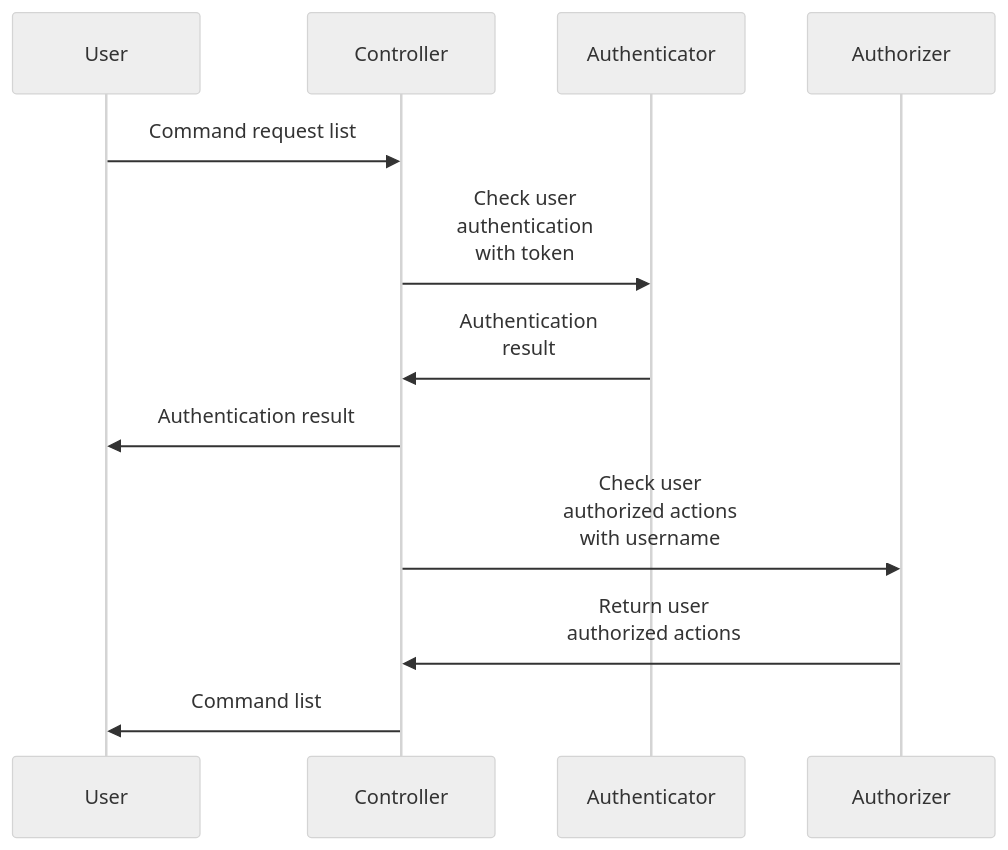
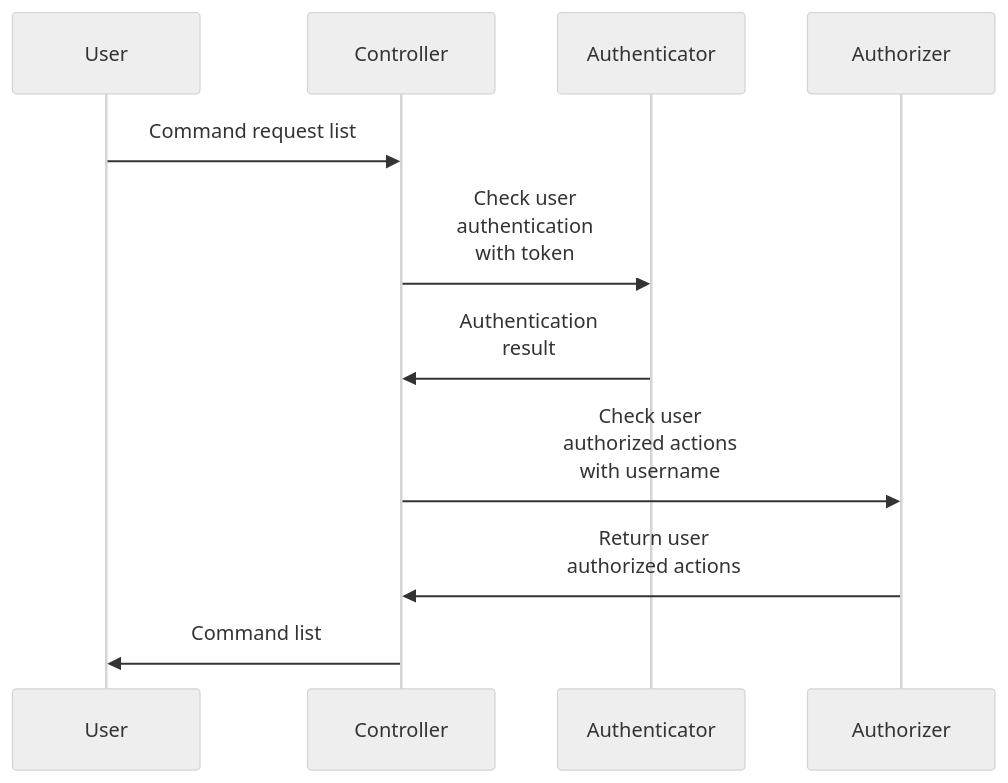
The second of 2 diagrams in docs/diagrams/ActionDiagrams/AuthorizationAuthentication.md (DUNE-DAQ/drunc), drawn with Mermaid (neutral theme) before and after one commit. The commit also changed other lines of this file and 1 other file, not shown here.

````diff
--- a/docs/diagrams/ActionDiagrams/AuthorizationAuthentication.md
+++ b/docs/diagrams/ActionDiagrams/AuthorizationAuthentication.md
@@ -22,16 +43,15 @@
 ```mermaid
 sequenceDiagram
     participant User
     participant C as Controller
     participant A1 as Authenticator
     participant A2 as Authorizer
 
     User ->> C: Command request list
     C ->> A1: Check user <br> authentication <br> with token
     A1 ->> C: Authentication <br> result
-    C ->> User: Authentication result
     C ->> A2: Check user <br> authorized actions <br> with username
     A2 ->> C: Return user <br> authorized actions
     C ->> User: Command list
 
 ```
````
